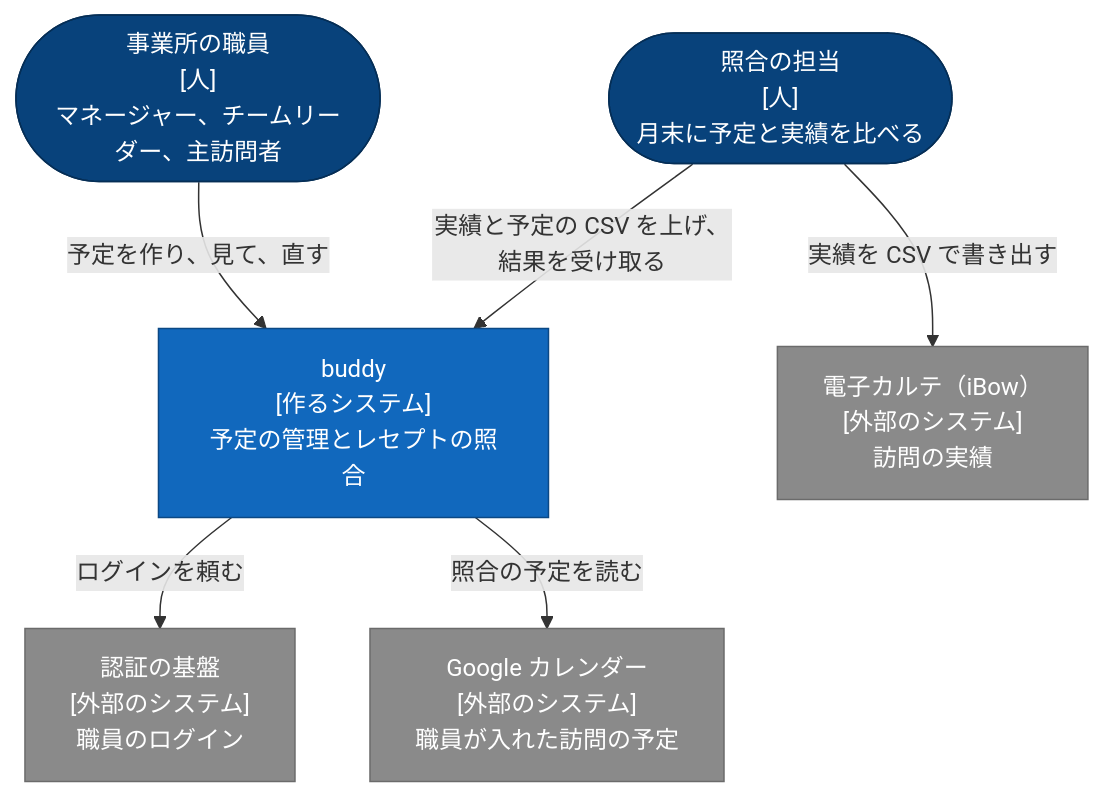
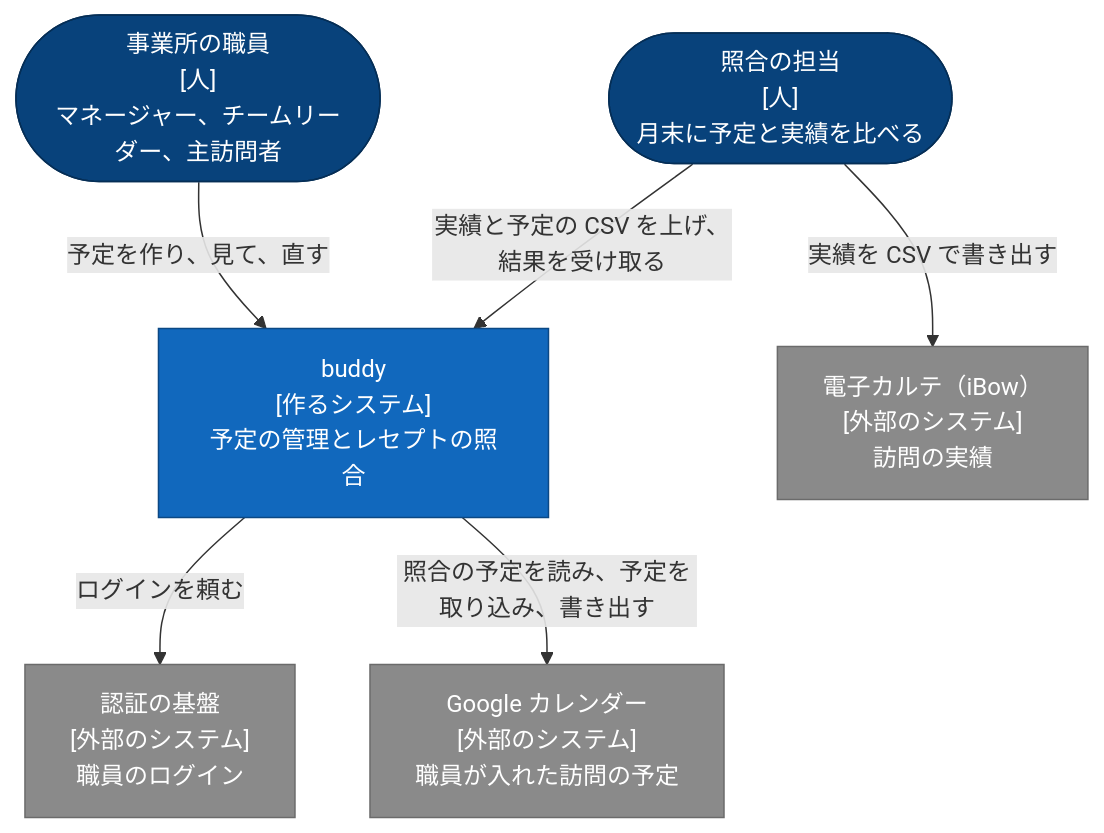
Before and after one commit to Fukuemon/buddy: the second of 2 diagrams in docs/PRD.md, drawn with Mermaid. The commit also changed other lines of this file and 1 other file, not shown here.

````diff
--- a/docs/PRD.md
+++ b/docs/PRD.md
@@ -138,20 +150,20 @@
 ```mermaid
 flowchart TB
   staff(["事業所の職員<br/>[人]<br/>マネージャー、チームリーダー、主訪問者"])
   checker(["照合の担当<br/>[人]<br/>月末に予定と実績を比べる"])
   buddy["buddy<br/>[作るシステム]<br/>予定の管理とレセプトの照合"]
   idp["認証の基盤<br/>[外部のシステム]<br/>職員のログイン"]
   gcal["Google カレンダー<br/>[外部のシステム]<br/>職員が入れた訪問の予定"]
   emr["電子カルテ（iBow）<br/>[外部のシステム]<br/>訪問の実績"]
   staff -- "予定を作り、見て、直す" --> buddy
   checker -- "実績と予定の CSV を上げ、結果を受け取る" --> buddy
   checker -- "実績を CSV で書き出す" --> emr
   buddy -- "ログインを頼む" --> idp
-  buddy -- "照合の予定を読む" --> gcal
+  buddy -- "照合の予定を読み、予定を取り込み、書き出す" --> gcal
   classDef person fill:#08427b,stroke:#052e56,color:#fff
   classDef system fill:#1168bd,stroke:#0b4884,color:#fff
   classDef external fill:#8a8a8a,stroke:#6b6b6b,color:#fff
   class staff,checker person
   class buddy system
   class idp,gcal,emr external
 ```
````
